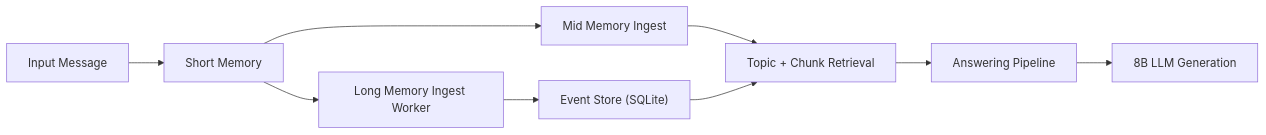
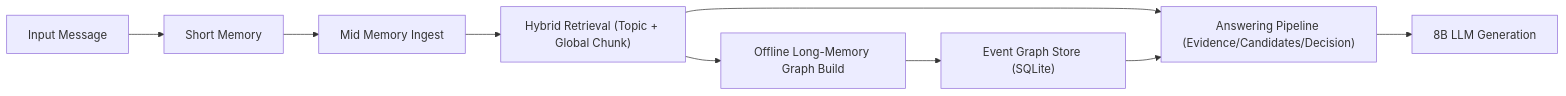
One commit to RCF-117/MemSLM changed the diagram in README.md. Above: the diagram before and after it, drawn with Mermaid. The commit also changed other lines of this file and 44 other files, not shown here.

Commit message:
chore: sync current local state for memory-rag pipeline

````diff
--- a/README.md
+++ b/README.md
@@ -15,11 +15,11 @@
 ```mermaid
 flowchart LR
     A["Input Message"] --> B["Short Memory"]
     B --> C["Mid Memory Ingest"]
-    C --> D["Topic + Chunk Retrieval"]
-    D --> E["Answering Pipeline"]
+    C --> D["Hybrid Retrieval (Topic + Global Chunk)"]
+    D --> E["Answering Pipeline (Evidence/Candidates/Decision)"]
     E --> F["8B LLM Generation"]
-    B --> G["Long Memory Ingest Worker"]
-    G --> H["Event Store (SQLite)"]
-    H --> D
+    D --> G["Offline Long-Memory Graph Build"]
+    G --> H["Event Graph Store (SQLite)"]
+    H --> E
 ```
````
